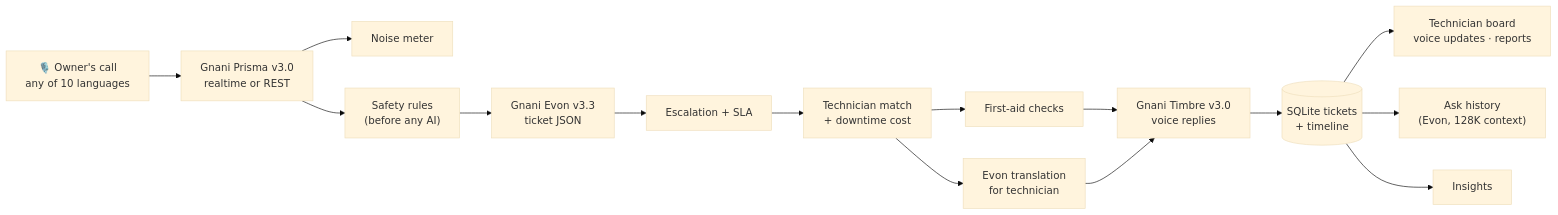
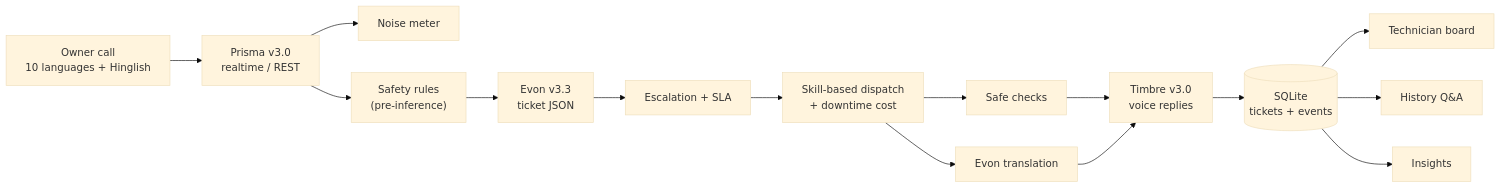
Before and after one commit to priya30-dev/machinemitra: the diagram in README.md, drawn with Mermaid (base theme). The commit also changed other lines of this file and 4 other files, not shown here.

````diff
--- a/README.md
+++ b/README.md
@@ -52,17 +74,17 @@
 ```mermaid
 flowchart LR
-    call["🎙️ Owner's call<br/>any of 10 languages"] --> prisma["Gnani Prisma v3.0<br/>realtime or REST"]
+    call["Owner call<br/>10 languages + Hinglish"] --> prisma["Prisma v3.0<br/>realtime / REST"]
     prisma --> noise["Noise meter"]
-    prisma --> safety["Safety rules<br/>(before any AI)"]
-    safety --> evon["Gnani Evon v3.3<br/>ticket JSON"]
+    prisma --> safety["Safety rules<br/>(pre-inference)"]
+    safety --> evon["Evon v3.3<br/>ticket JSON"]
     evon --> esc["Escalation + SLA"]
-    esc --> match["Technician match<br/>+ downtime cost"]
-    match --> aid["First-aid checks"]
-    match --> tr["Evon translation<br/>for technician"]
-    aid --> timbre["Gnani Timbre v3.0<br/>voice replies"]
+    esc --> match["Skill-based dispatch<br/>+ downtime cost"]
+    match --> aid["Safe checks"]
+    match --> tr["Evon translation"]
+    aid --> timbre["Timbre v3.0<br/>voice replies"]
     tr --> timbre
-    timbre --> db[("SQLite tickets<br/>+ timeline")]
-    db --> board["Technician board<br/>voice updates · reports"]
-    db --> ask["Ask history<br/>(Evon, 128K context)"]
+    timbre --> db[("SQLite<br/>tickets + events")]
+    db --> board["Technician board"]
+    db --> ask["History Q&A"]
     db --> insights["Insights"]
 ```
````
